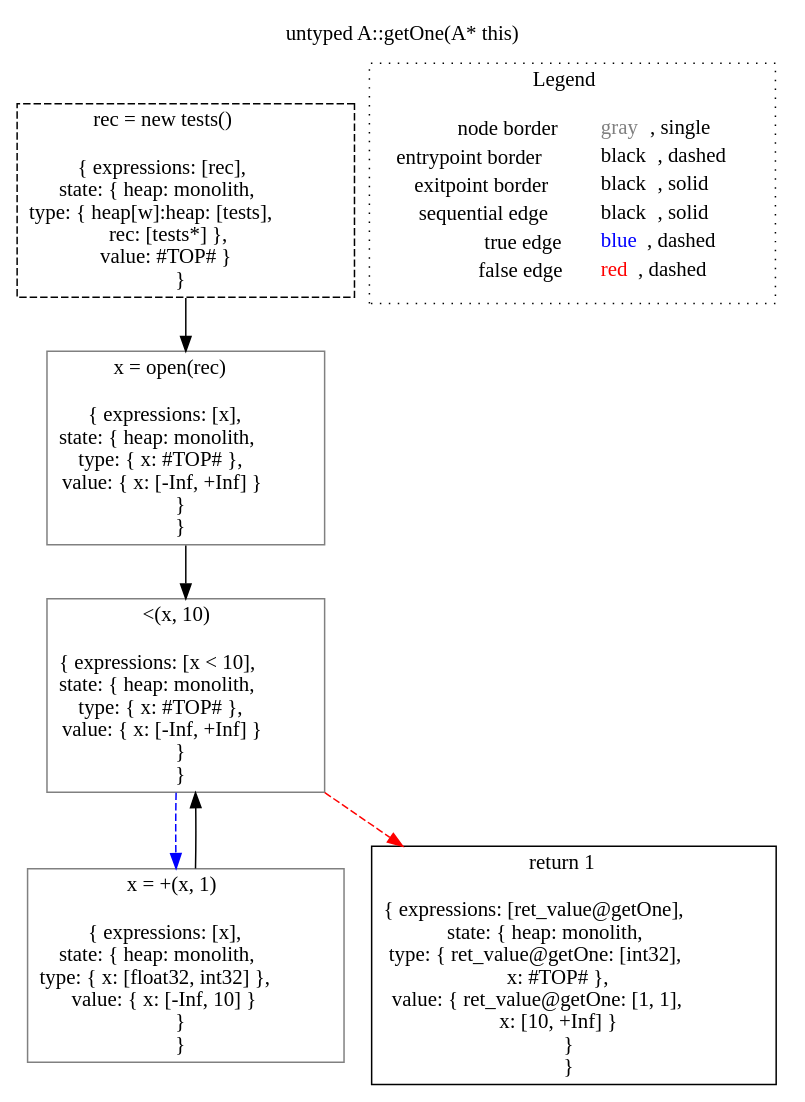
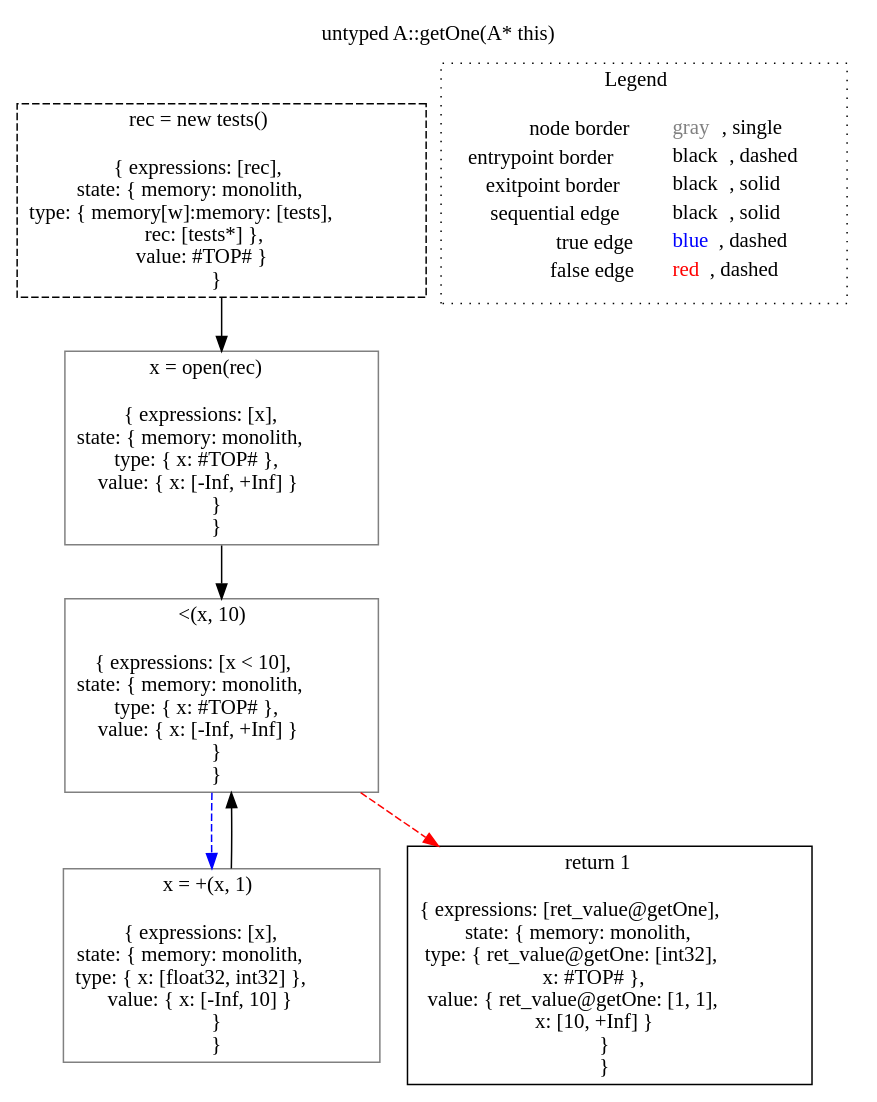
One commit to lisa-analyzer/lisa changed the diagram in lisa/lisa-analyses/imp-testcases/visualization/dot/untyped_A.getOne(A__this)_-1778621183.dot. Above: the diagram before and after it, drawn with Graphviz. The commit also changed 930 other files, not shown here.

Commit message:
Rename heap to memory #127

```diff
--- a/lisa/lisa-analyses/imp-testcases/visualization/dot/untyped_A.getOne(A__this)_-1778621183.dot
+++ b/lisa/lisa-analyses/imp-testcases/visualization/dot/untyped_A.getOne(A__this)_-1778621183.dot
@@ -1,19 +1,19 @@
 digraph "untyped A::getOne(A* this)" {
 edge ["dir"="forward"]
 graph ["label"="untyped A::getOne(A* this)","labelloc"="t"]
-"node0" ["label"=<rec = new tests()<br/><br/>{ expressions: [rec],<br/>state: { heap: monolith,<br/>type: { heap[w]:heap: [tests],<br/>rec: [tests*] },<br/>value: #TOP# }<br/> }<br/>>,"shape"="rect","id"="node0","color"="black","style"="dashed"]
-"node3" ["label"=<x = open(rec)<br/><br/>{ expressions: [x],<br/>state: { heap: monolith,<br/>type: { x: #TOP# },<br/>value: { x: [-Inf, +Inf] }<br/> }<br/> }<br/>>,"shape"="rect","id"="node3","color"="gray"]
-"node7" ["label"=<&lt;(x, 10)<br/><br/>{ expressions: [x &lt; 10],<br/>state: { heap: monolith,<br/>type: { x: #TOP# },<br/>value: { x: [-Inf, +Inf] }<br/> }<br/> }<br/>>,"shape"="rect","id"="node7","color"="gray"]
-"node10" ["label"=<x = +(x, 1)<br/><br/>{ expressions: [x],<br/>state: { heap: monolith,<br/>type: { x: [float32, int32] },<br/>value: { x: [-Inf, 10] }<br/> }<br/> }<br/>>,"shape"="rect","id"="node10","color"="gray"]
-"node15" ["label"=<return 1<br/><br/>{ expressions: [ret_value@getOne],<br/>state: { heap: monolith,<br/>type: { ret_value@getOne: [int32],<br/>x: #TOP# },<br/>value: { ret_value@getOne: [1, 1],<br/>x: [10, +Inf] }<br/> }<br/> }<br/>>,"shape"="rect","id"="node15","color"="black"]
+"node0" ["label"=<rec = new tests()<br/><br/>{ expressions: [rec],<br/>state: { memory: monolith,<br/>type: { memory[w]:memory: [tests],<br/>rec: [tests*] },<br/>value: #TOP# }<br/> }<br/>>,"shape"="rect","id"="node0","color"="black","style"="dashed"]
+"node3" ["label"=<x = open(rec)<br/><br/>{ expressions: [x],<br/>state: { memory: monolith,<br/>type: { x: #TOP# },<br/>value: { x: [-Inf, +Inf] }<br/> }<br/> }<br/>>,"shape"="rect","id"="node3","color"="gray"]
+"node7" ["label"=<&lt;(x, 10)<br/><br/>{ expressions: [x &lt; 10],<br/>state: { memory: monolith,<br/>type: { x: #TOP# },<br/>value: { x: [-Inf, +Inf] }<br/> }<br/> }<br/>>,"shape"="rect","id"="node7","color"="gray"]
+"node10" ["label"=<x = +(x, 1)<br/><br/>{ expressions: [x],<br/>state: { memory: monolith,<br/>type: { x: [float32, int32] },<br/>value: { x: [-Inf, 10] }<br/> }<br/> }<br/>>,"shape"="rect","id"="node10","color"="gray"]
+"node15" ["label"=<return 1<br/><br/>{ expressions: [ret_value@getOne],<br/>state: { memory: monolith,<br/>type: { ret_value@getOne: [int32],<br/>x: #TOP# },<br/>value: { ret_value@getOne: [1, 1],<br/>x: [10, +Inf] }<br/> }<br/> }<br/>>,"shape"="rect","id"="node15","color"="black"]
 subgraph "cluster_legend" {
 edge ["dir"="none"]
 graph ["label"=<Legend>,"style"="dotted"]
 "legend" ["label"=<<table border="0" cellpadding="2" cellspacing="0" cellborder="0"><tr><td align="right">node border&nbsp;</td><td align="left"><font color="gray">gray</font>, single</td></tr><tr><td align="right">entrypoint border&nbsp;</td><td align="left"><font color="black">black</font>, dashed</td></tr><tr><td align="right">exitpoint border&nbsp;</td><td align="left"><font color="black">black</font>, solid</td></tr><tr><td align="right">sequential edge&nbsp;</td><td align="left"><font color="black">black</font>, solid</td></tr><tr><td align="right">true edge&nbsp;</td><td align="left"><font color="blue">blue</font>, dashed</td></tr><tr><td align="right">false edge&nbsp;</td><td align="left"><font color="red">red</font>, dashed</td></tr></table>>,"shape"="none"]
 }
 "node0" -> "node3" ["color"="black"]
 "node3" -> "node7" ["color"="black"]
 "node7" -> "node15" ["style"="dashed","color"="red"]
 "node7" -> "node10" ["style"="dashed","color"="blue"]
 "node10" -> "node7" ["color"="black"]
 }
```
